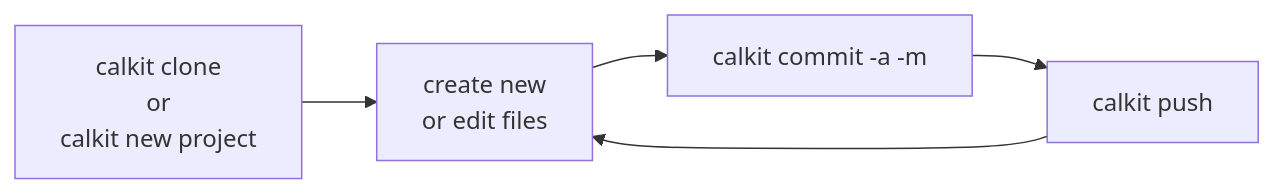
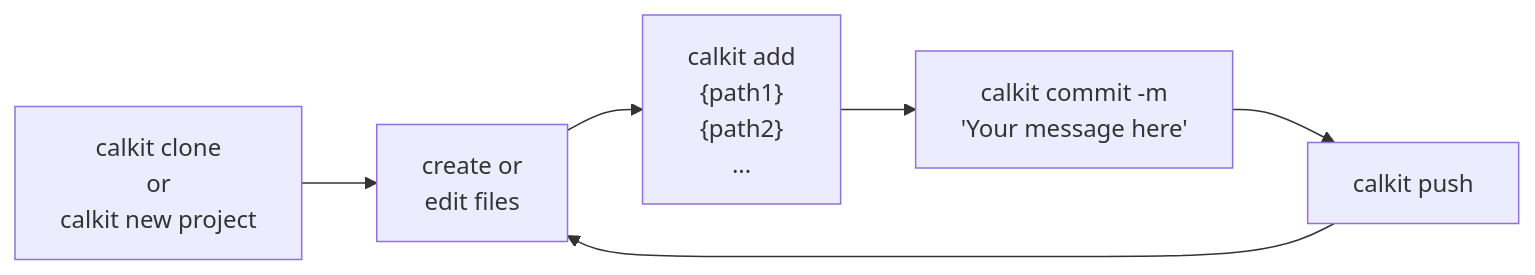
The second of 3 diagrams in docs/version-control.md (calkit/calkit), drawn with Mermaid before and after one commit. The commit also changed other lines of this file, not shown here.

````diff
--- a/docs/version-control.md
+++ b/docs/version-control.md
@@ -62,11 +73,16 @@
 ```mermaid
 graph LR
     init[calkit clone
          or
          calkit new project]
-    --> edit[create new
-             or edit files]
-    --> commit[calkit commit -a -m]
+    --> edit[create or
+             edit files]
+    --> add["calkit add
+            {path1}
+            {path2}
+            ..."]
+    --> commit[calkit commit -m
+               'Your message here']
     --> push[calkit push]
     --> edit
 ```
````
